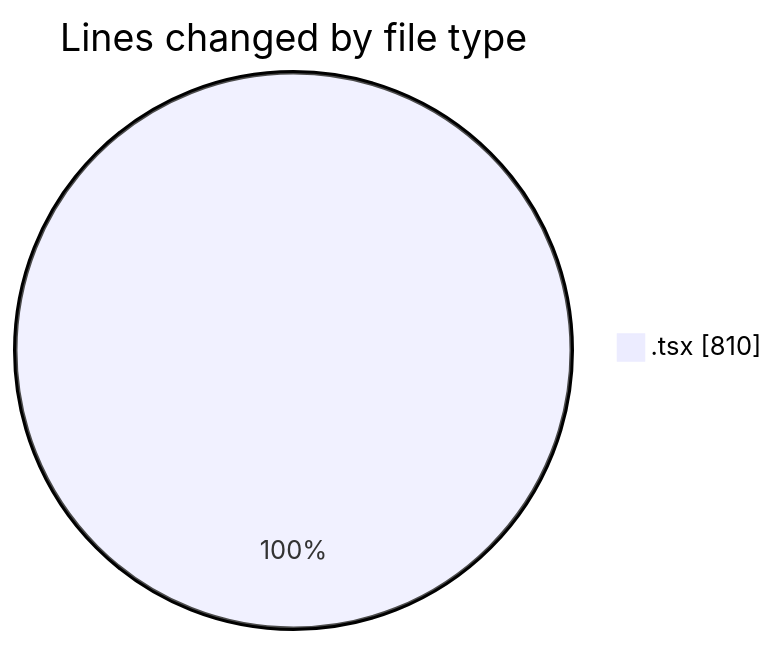
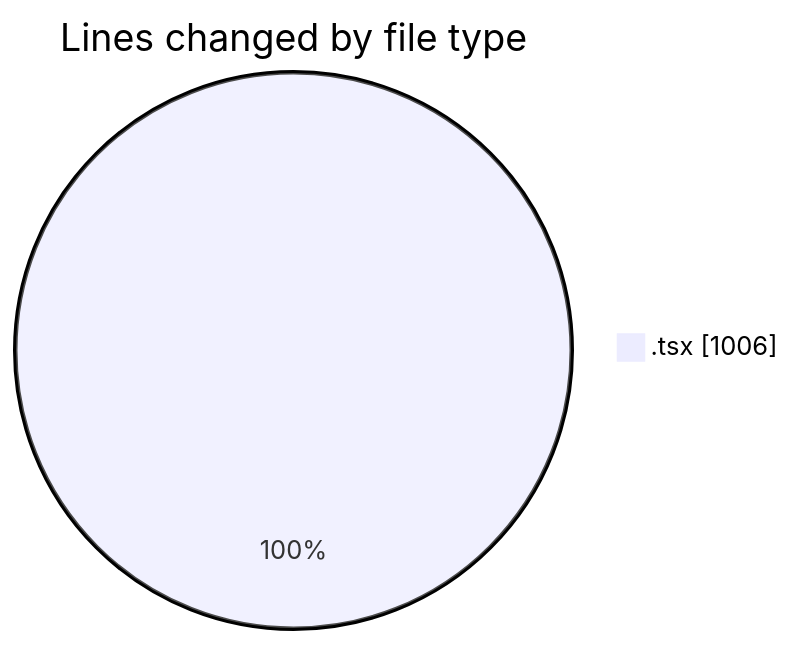
The first of 2 diagrams in 2026-03-31/nxtqube_webapp/README.md (nxtqubesakshisongat/code-tracking), drawn with Mermaid before and after one commit. The commit also changed other lines of this file and 1 other file, not shown here.

````diff
--- a/2026-03-31/nxtqube_webapp/README.md
+++ b/2026-03-31/nxtqube_webapp/README.md
@@ -20,5 +21,5 @@
 ```mermaid
 pie showData
 title Lines changed by file type
-".tsx" : 810
+".tsx" : 1006
 ```
````
